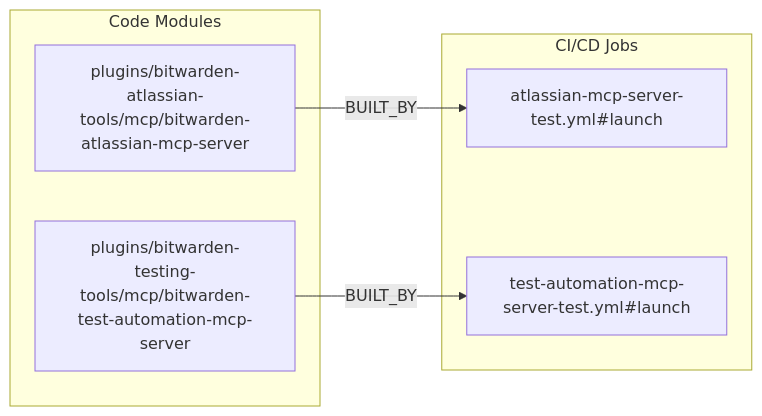
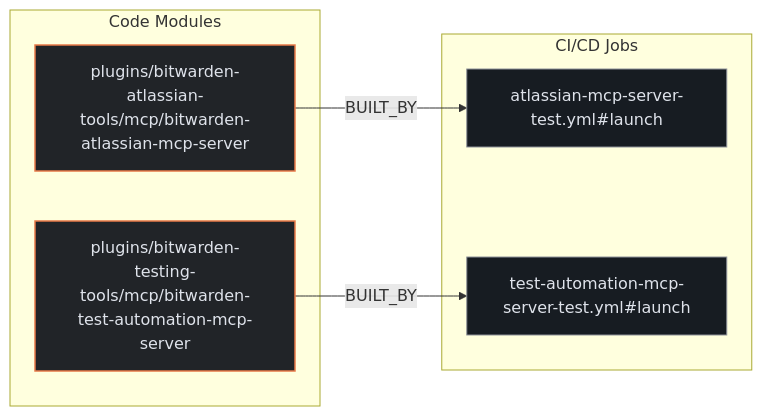
The second of 3 diagrams in exports/latest/reports/bitwarden-ai-plugins-report.md (kumarshaz/atruss-code-atlas), drawn with Mermaid before and after one commit. The commit also changed other lines of this file and 331 other files, not shown here.

Commit message:
docs,ui,fix: update SDLC docs, reorder CI/CD DAG first, stylize Mermaid, and fix Arc42 pipeline topology

````diff
--- a/exports/latest/reports/bitwarden-ai-plugins-report.md
+++ b/exports/latest/reports/bitwarden-ai-plugins-report.md
@@ -132,13 +139,17 @@
 ```mermaid
 flowchart LR
+    classDef atlasCategory fill:#212428,stroke:#E87A48,stroke-width:1.5px,color:#dfe3eb
+    classDef atlasWorkflow fill:#1b2026,stroke:#a3c9ff,stroke-width:1.5px,color:#dfe3eb
+    classDef atlasJob fill:#171c22,stroke:#8d9199,stroke-width:1px,color:#dfe3eb
+    classDef atlasTarget fill:#005227,stroke:#8bd99b,stroke-width:1.5px,color:#a7f6b6
     subgraph code_modules["Code Modules"]
-        mod_plugins_bitwarden_atlassian_tools_mcp_bitwarden_atlassian_mcp_server["plugins/bitwarden-atlassian-tools/mcp/bitwarden-atlassian-mcp-server"]
-        mod_plugins_bitwarden_testing_tools_mcp_bitwarden_test_automation_mcp_server["plugins/bitwarden-testing-tools/mcp/bitwarden-test-automation-mcp-server"]
+        mod_plugins_bitwarden_atlassian_tools_mcp_bitwarden_atlassian_mcp_server["plugins/bitwarden-atlassian-tools/mcp/bitwarden-atlassian-mcp-server"]:::atlasCategory
+        mod_plugins_bitwarden_testing_tools_mcp_bitwarden_test_automation_mcp_server["plugins/bitwarden-testing-tools/mcp/bitwarden-test-automation-mcp-server"]:::atlasCategory
     end
     subgraph ci_jobs["CI/CD Jobs"]
-        job_atlassian_mcp_server_test_yml_launch["atlassian-mcp-server-test.yml#launch"]
-        job_test_automation_mcp_server_test_yml_launch["test-automation-mcp-server-test.yml#launch"]
+        job_atlassian_mcp_server_test_yml_launch["atlassian-mcp-server-test.yml#launch"]:::atlasJob
+        job_test_automation_mcp_server_test_yml_launch["test-automation-mcp-server-test.yml#launch"]:::atlasJob
     end
     mod_plugins_bitwarden_atlassian_tools_mcp_bitwarden_atlassian_mcp_server -->|BUILT_BY| job_atlassian_mcp_server_test_yml_launch
     mod_plugins_bitwarden_testing_tools_mcp_bitwarden_test_automation_mcp_server -->|BUILT_BY| job_test_automation_mcp_server_test_yml_launch
 ```
````
